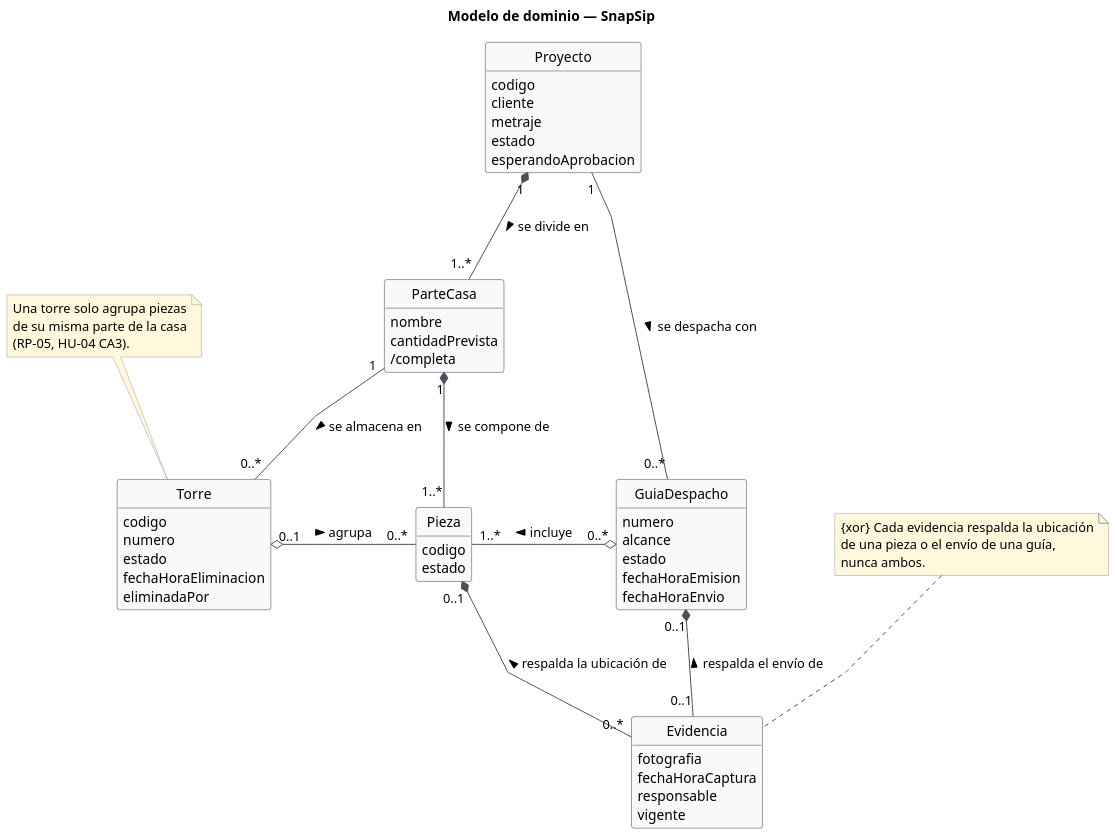
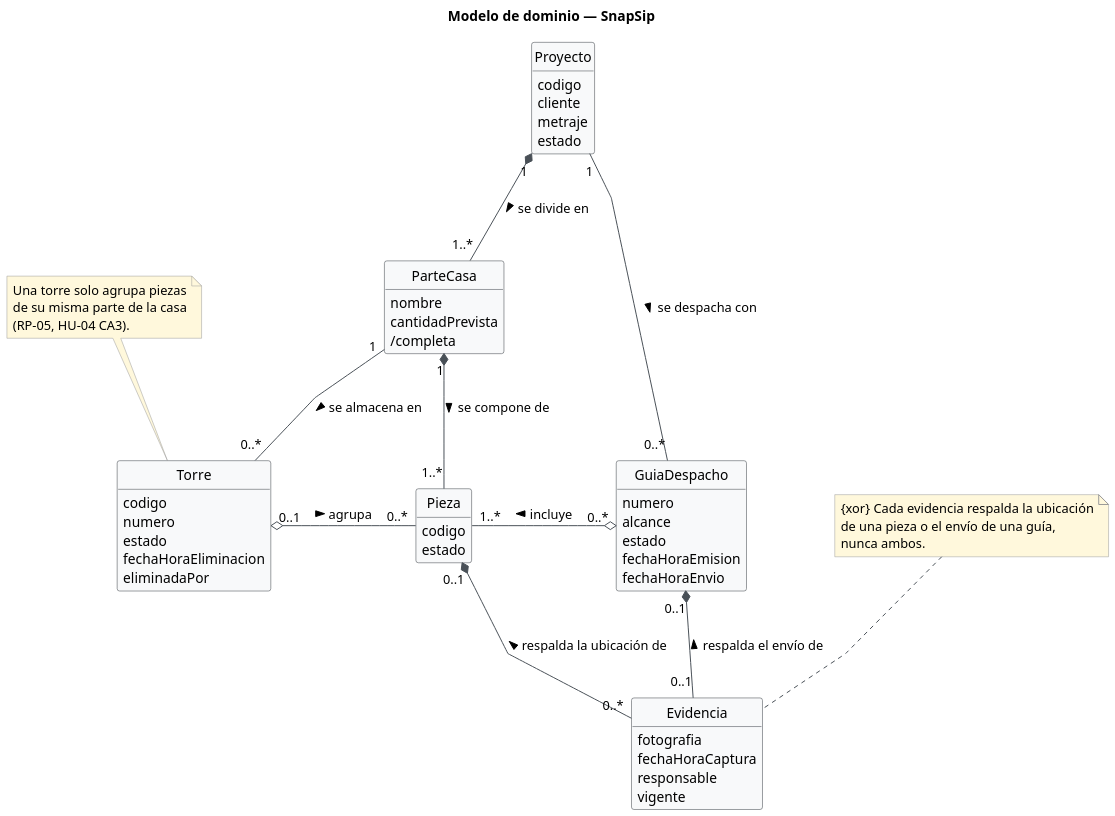
Before and after one commit to Foyzen-Kaze/snapsip: the diagram in diagramas/modelo-de-dominio.puml, drawn with PlantUML.

Commit message:
Remove 'esperandoAprobacion' from domain model

```diff
--- a/diagramas/modelo-de-dominio.puml
+++ b/diagramas/modelo-de-dominio.puml
@@ -1,87 +1,86 @@
 @startuml modelo-dominio
 hide methods
 hide circle
 hide empty members
 skinparam classAttributeIconSize 0
 skinparam dpi 150
 skinparam linetype polyline
 skinparam nodesep 90
 skinparam ranksep 90
 skinparam shadowing false
 
 skinparam class {
     BackgroundColor #F8F9FA
     BorderColor #343A40
     ArrowColor #495057
 }
 skinparam note {
     BackgroundColor #FFF8DC
     BorderColor #999999
 }
 
 title Modelo de dominio — SnapSip
 
 class Proyecto {
   codigo
   cliente
   metraje
   estado
-  esperandoAprobacion
 }
 
 class ParteCasa {
   nombre
   cantidadPrevista
   /completa
 }
 
 class Pieza {
   codigo
   estado
 }
 
 class Torre {
   codigo
   numero
   estado
   fechaHoraEliminacion
   eliminadaPor
 }
 
 class GuiaDespacho {
   numero
   alcance
   estado
   fechaHoraEmision
   fechaHoraEnvio
 }
 
 class Evidencia {
   fotografia
   fechaHoraCaptura
   responsable
   vigente
 }
 
 ' Composición: ciclo de vida dependiente
 Proyecto "1" *-down- "1..*" ParteCasa : se divide en >
 ParteCasa "1" *-down- "1..*" Pieza : se compone de >
 Pieza "0..1" *-down- "0..*" Evidencia : respalda la ubicación de <
 GuiaDespacho "0..1" *-down- "0..1" Evidencia : respalda el envío de <
 
 ' Agregación: agrupación física o documental temporal
 Torre "0..1" o-right- "0..*" Pieza : agrupa >
 GuiaDespacho "0..*" o-left- "1..*" Pieza : incluye >
 
 ' Asociaciones simples
 ParteCasa "1" -down- "0..*" Torre : se almacena en >
 Proyecto "1" -right- "0..*" GuiaDespacho : se despacha con >
 
 ' Restricciones que la multiplicidad no expresa
 note "Una torre solo agrupa piezas\nde su misma parte de la casa\n(RP-05, HU-04 CA3)." as N1
 N1 .. Torre
 
 note "{xor} Cada evidencia respalda la ubicación\nde una pieza o el envío de una guía,\nnunca ambos." as N2
 N2 .. Evidencia
 
 @enduml
```
